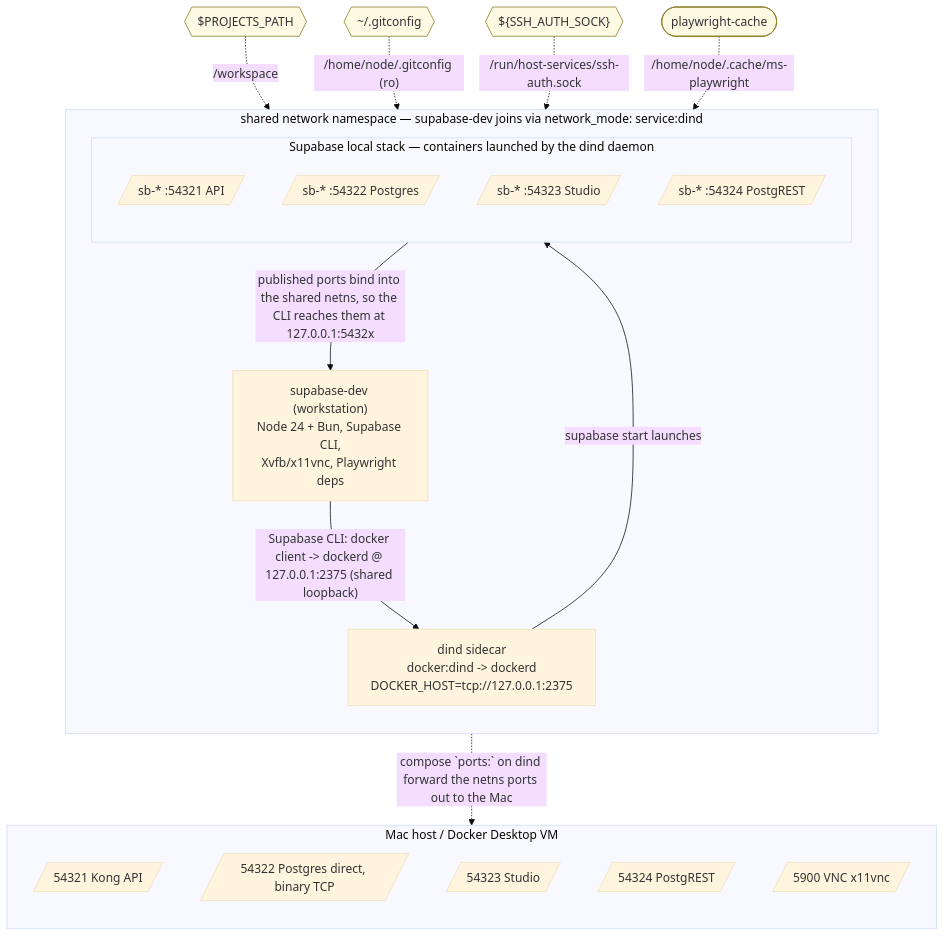
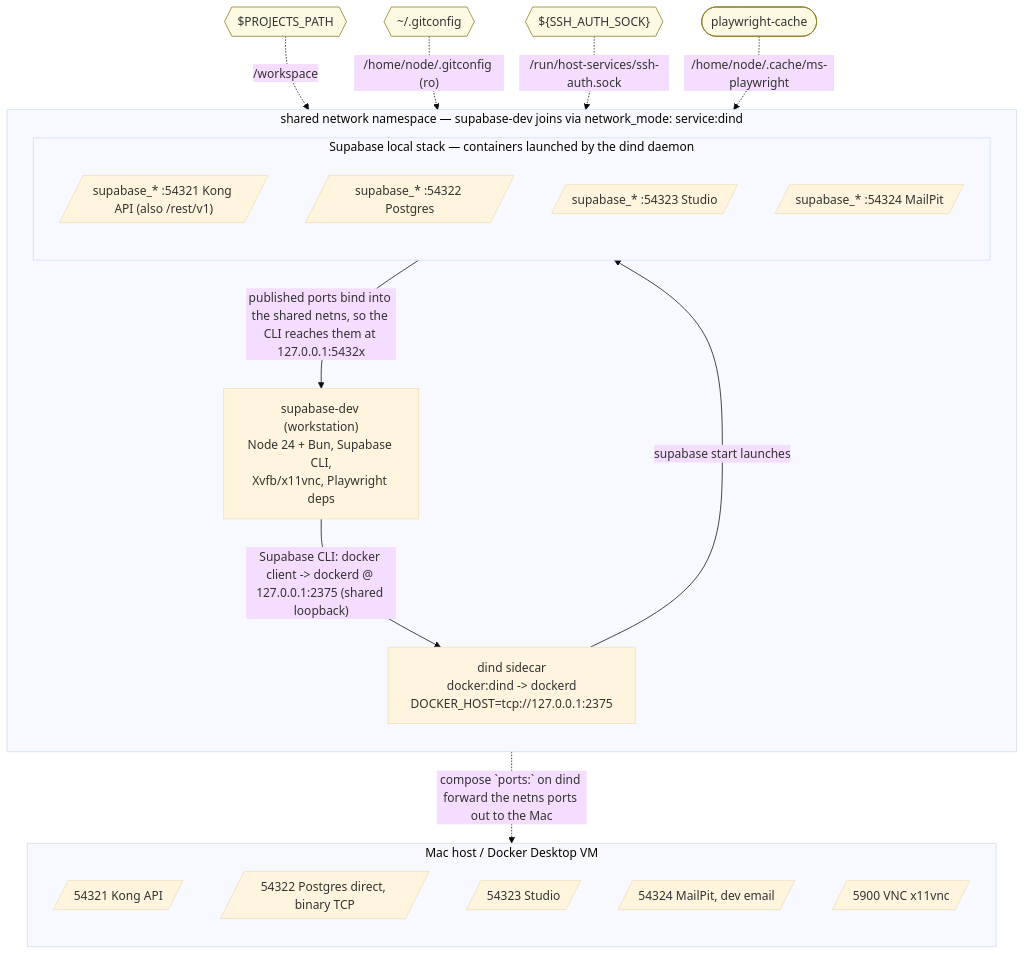
Before and after one commit to localnerve/dev-container-supabase: the diagram in docs/architecture.md, drawn with Mermaid (base theme). The commit also changed 5 other files, not shown here.

````diff
--- a/docs/architecture.md
+++ b/docs/architecture.md
@@ -1,39 +1,39 @@
 ```mermaid
 flowchart TB
   subgraph HOST[Mac host / Docker Desktop VM]
     direction TB
     PAPI[/54321 Kong API/]
     PPG[/54322 Postgres direct, binary TCP/]
     PSTUDIO[/54323 Studio/]
-    PREST[/54324 PostgREST/]
+    PMAIL[/54324 MailPit, dev email/]
     PVNC[/5900 VNC x11vnc/]
   end
 
   subgraph NETNS["shared network namespace — supabase-dev joins via network_mode: service:dind"]
     direction TB
     DEV["supabase-dev (workstation)<br/>Node 24 + Bun, Supabase CLI,<br/>Xvfb/x11vnc, Playwright deps"]
     DIND["dind sidecar<br/>docker:dind -> dockerd<br/>DOCKER_HOST=tcp://127.0.0.1:2375"]
 
     subgraph SB[Supabase local stack — containers launched by the dind daemon]
       direction TB
-      SBAPI[/sb-* :54321 API/]
-      SBPG[/sb-* :54322 Postgres/]
-      SBSTUDIO[/sb-* :54323 Studio/]
-      SBREST[/sb-* :54324 PostgREST/]
+      SBAPI[/"supabase_* :54321 Kong API (also /rest/v1)"/]
+      SBPG[/"supabase_* :54322 Postgres"/]
+      SBSTUDIO[/"supabase_* :54323 Studio"/]
+      SBMAIL[/"supabase_* :54324 MailPit"/]
     end
 
     DEV -- "Supabase CLI: docker client -> dockerd @ 127.0.0.1:2375 (shared loopback)" --> DIND
     DIND -- "supabase start launches" --> SB
     SB -- "published ports bind into the shared netns, so the CLI reaches them at 127.0.0.1:5432x" --> DEV
   end
 
   NETNS -. "compose `ports:` on dind forward the netns ports out to the Mac" .-> HOST
 
   VPROJECTS{{"$PROJECTS_PATH"}} -. "/workspace" .-> DEV
   VGIT{{"~/.gitconfig"}} -. "/home/node/.gitconfig (ro)" .-> DEV
   VSSH{{"${SSH_AUTH_SOCK}"}} -. "/run/host-services/ssh-auth.sock" .-> DEV
   VPW([playwright-cache]) -. "/home/node/.cache/ms-playwright" .-> DEV
 
   classDef volumes fill:#fdfae4,stroke:#867a22
   class VPROJECTS,VGIT,VSSH,VPW volumes
 ```
````
